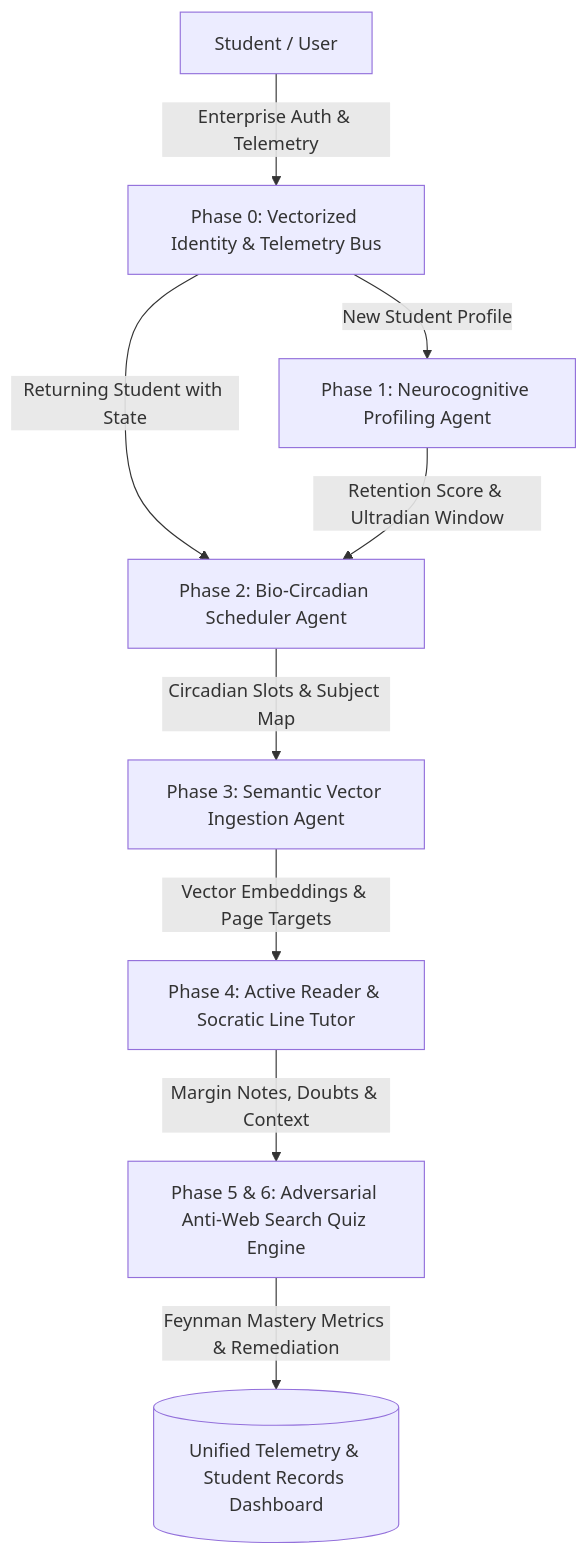
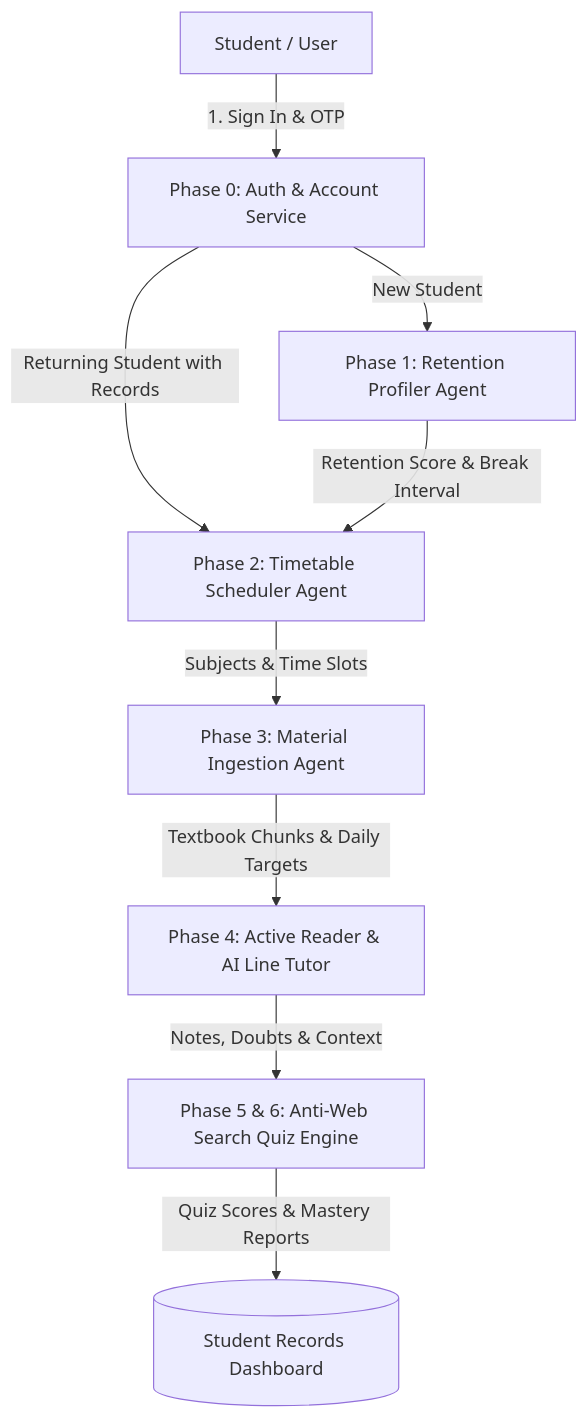
The diagram in README.md (VikasHiremath14/study-prep-ai), drawn with Mermaid before and after one commit. The commit also changed other lines of this file, not shown here.

Commit message:
docs: simplify README with clear, easy-to-read English and structured multi-agent phase descriptions

````diff
--- a/README.md
+++ b/README.md
@@ -41,11 +42,11 @@
 ```mermaid
 graph TD
-    A[Student / User] -->|Enterprise Auth & Telemetry| B[Phase 0: Vectorized Identity & Telemetry Bus]
-    B -->|New Student Profile| C[Phase 1: Neurocognitive Profiling Agent]
-    B -->|Returning Student with State| D[Phase 2: Bio-Circadian Scheduler Agent]
-    C -->|Retention Score & Ultradian Window| D
-    D -->|Circadian Slots & Subject Map| E[Phase 3: Semantic Vector Ingestion Agent]
-    E -->|Vector Embeddings & Page Targets| F[Phase 4: Active Reader & Socratic Line Tutor]
-    F -->|Margin Notes, Doubts & Context| G[Phase 5 & 6: Adversarial Anti-Web Search Quiz Engine]
-    G -->|Feynman Mastery Metrics & Remediation| H[(Unified Telemetry & Student Records Dashboard)]
+    A[Student / User] -->|1. Sign In &amp; OTP| B[Phase 0: Auth &amp; Account Service]
+    B -->|New Student| C[Phase 1: Retention Profiler Agent]
+    B -->|Returning Student with Records| D[Phase 2: Timetable Scheduler Agent]
+    C -->|Retention Score &amp; Break Interval| D
+    D -->|Subjects &amp; Time Slots| E[Phase 3: Material Ingestion Agent]
+    E -->|Textbook Chunks &amp; Daily Targets| F[Phase 4: Active Reader &amp; AI Line Tutor]
+    F -->|Notes, Doubts &amp; Context| G[Phase 5 &amp; 6: Anti-Web Search Quiz Engine]
+    G -->|Quiz Scores &amp; Mastery Reports| H[(Student Records Dashboard)]
 ```
````
